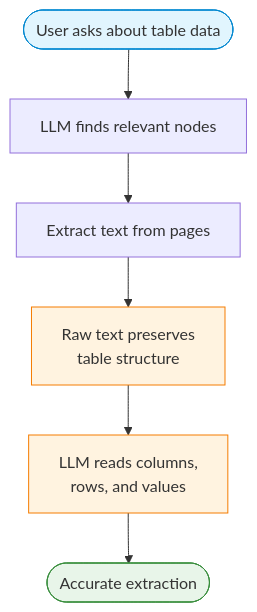
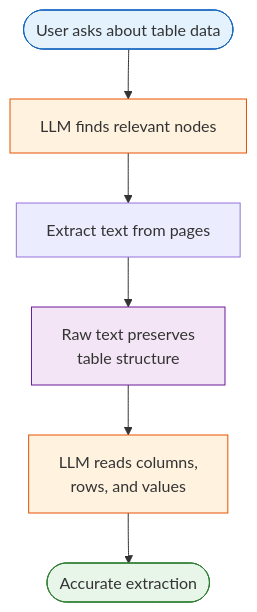
The second of 6 diagrams in lab2/lab2_vectorless_rag_advanced.md (AyushSinghRana15/Vectorless-RAG), drawn with Mermaid before and after one commit. The commit also changed other lines of this file and 1 other file, not shown here.

Commit message:
Standardize Mermaid diagram colors across both labs

````diff
--- a/lab2/lab2_vectorless_rag_advanced.md
+++ b/lab2/lab2_vectorless_rag_advanced.md
@@ -65,13 +66,14 @@
 ```mermaid
 flowchart TD
     A(["User asks about table data"]) --> B["LLM finds relevant nodes"]
     B --> C["Extract text from pages"]
     C --> D["Raw text preserves\ntable structure"]
     D --> E["LLM reads columns,\nrows, and values"]
     E --> F(["Accurate extraction"])
 
-    style A fill:#e1f5fe,stroke:#0288d1
-    style F fill:#e8f5e9,stroke:#388e3c
-    style D fill:#fff3e0,stroke:#f57c00
-    style E fill:#fff3e0,stroke:#f57c00
+    style A fill:#e3f2fd,stroke:#1565c0
+    style F fill:#e8f5e9,stroke:#2e7d32
+    style B fill:#fff3e0,stroke:#e65100
+    style E fill:#fff3e0,stroke:#e65100
+    style D fill:#f3e5f5,stroke:#6a1b9a
 ```
````
